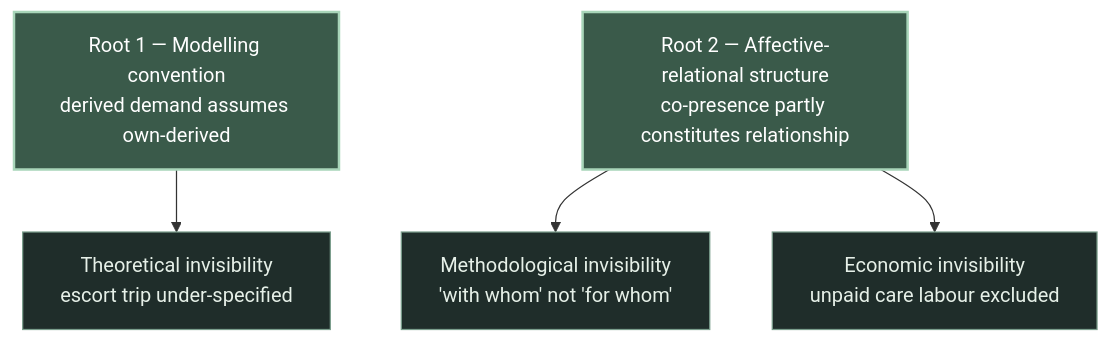
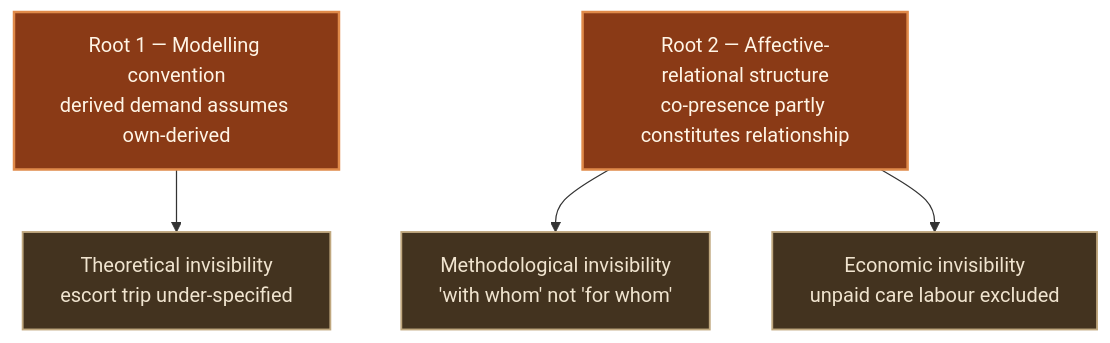
One commit to rizqrama/rizqrama.github.io changed the third of 10 diagrams in meetings/20260608.qmd. Above: the diagram before and after it, drawn with Mermaid. The commit also changed other lines of this file and 12 other files, not shown here.

````diff
--- a/meetings/20260608.qmd
+++ b/meetings/20260608.qmd
@@ -250,18 +249,18 @@
 ```{mermaid}
 flowchart TB
     R1[Root 1 — Modelling convention<br/>derived demand assumes own-derived]
     R2[Root 2 — Affective-relational structure<br/>co-presence partly constitutes relationship]
 
     I1[Theoretical invisibility<br/>escort trip under-specified]
     I2[Methodological invisibility<br/>'with whom' not 'for whom']
     I3[Economic invisibility<br/>unpaid care labour excluded]
 
     R1 --> I1
     R2 --> I2
     R2 --> I3
 
-    classDef root fill:#3a5a4a,stroke:#a8d5b9,stroke-width:2px,color:#ffffff
-    classDef invis fill:#1f2d2a,stroke:#7a9e8c,stroke-width:1px,color:#e6f0e8
+    classDef root fill:#8a3a16,stroke:#e08a4a,stroke-width:2px,color:#fff5e6
+    classDef invis fill:#43331f,stroke:#c0a87f,stroke-width:1.5px,color:#f0e4cf
     class R1,R2 root
     class I1,I2,I3 invis
 ```
````
